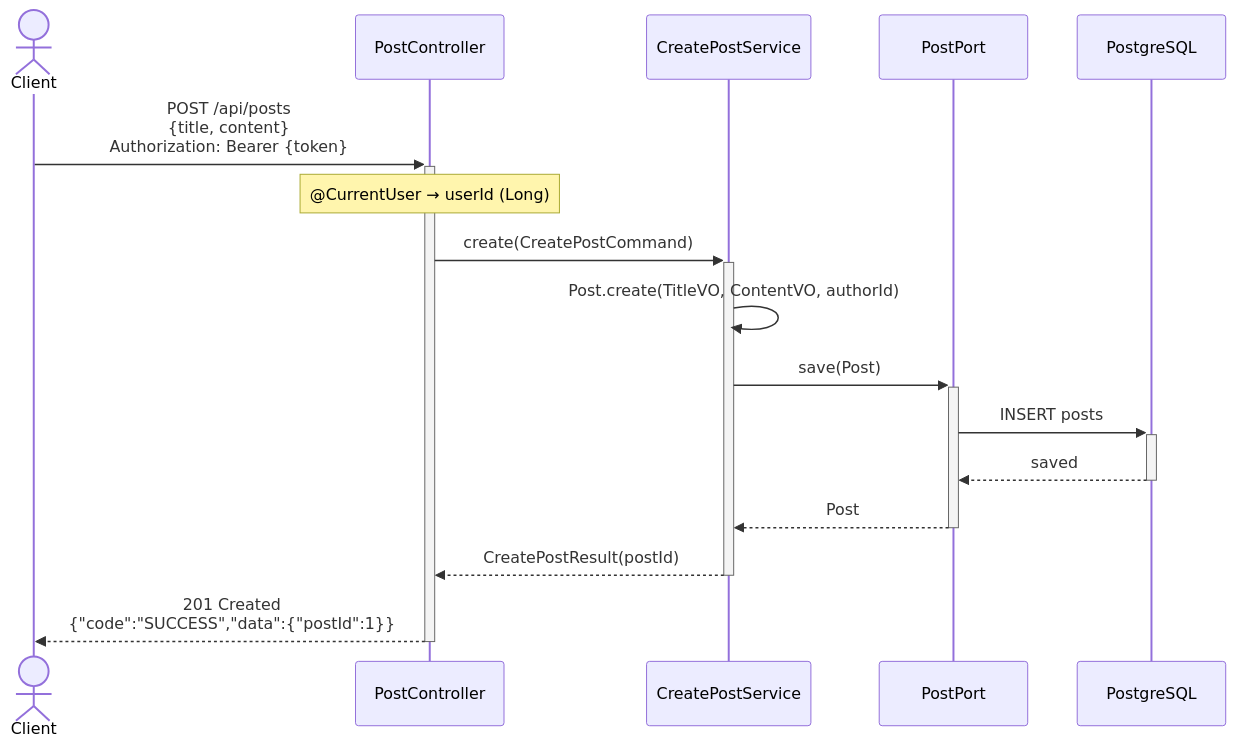
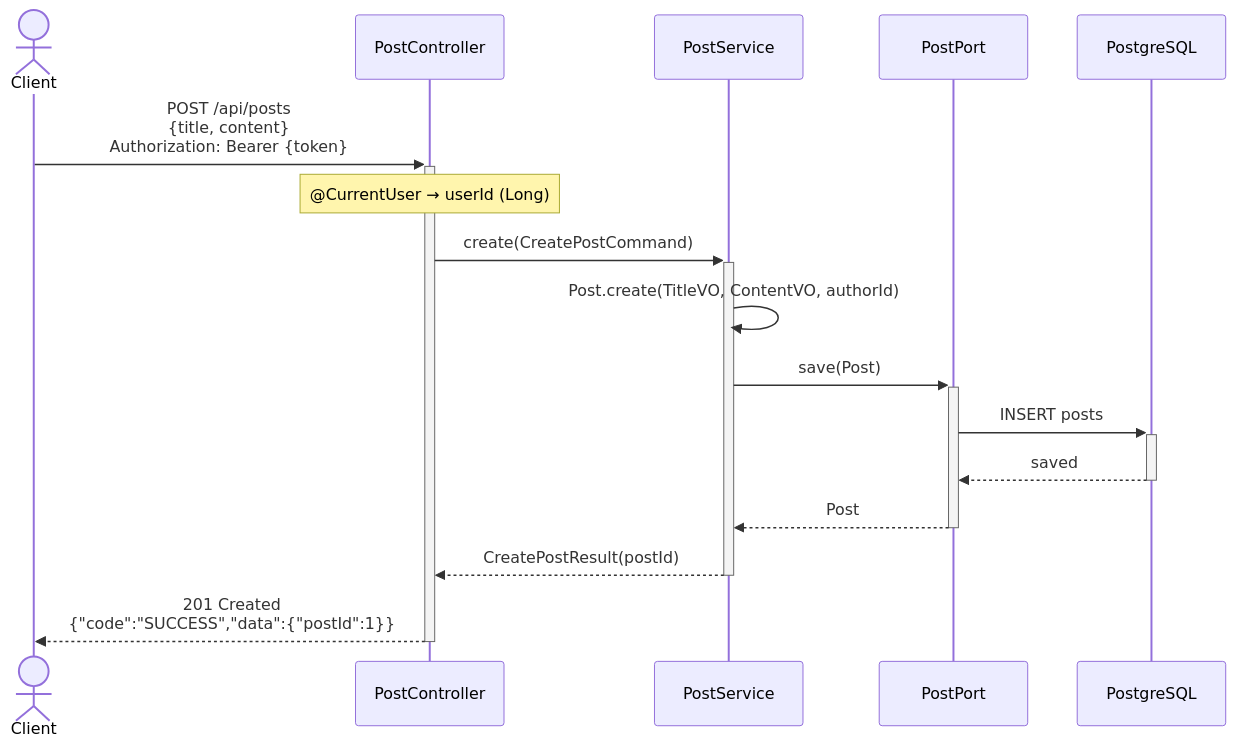
One commit to GoToOOP2/OOP changed the third of 8 diagrams in docs/architecture/Post 설계문서.md. Above: the diagram before and after it, drawn with Mermaid. The commit also changed other lines of this file, not shown here.

Commit message:
docs : 설계 문서 시퀀스 다이어그램 PostService 통합 반영

````diff
--- a/docs/architecture/Post 설계문서.md
+++ b/docs/architecture/Post 설계문서.md
@@ -127,19 +127,19 @@
 ```mermaid
 sequenceDiagram
     actor Client
     participant C as PostController
-    participant S as CreatePostService
+    participant S as PostService
     participant PP as PostPort
     participant DB as PostgreSQL
 
     Client ->>+ C: POST /api/posts<br/>{title, content}<br/>Authorization: Bearer {token}
     Note over C: @CurrentUser → userId (Long)
     C ->>+ S: create(CreatePostCommand)
     S ->> S: Post.create(TitleVO, ContentVO, authorId)
     S ->>+ PP: save(Post)
     PP ->>+ DB: INSERT posts
     DB -->>- PP: saved
     PP -->>- S: Post
     S -->>- C: CreatePostResult(postId)
     C -->>- Client: 201 Created<br/>{"code":"SUCCESS","data":{"postId":1}}
 ```
````
